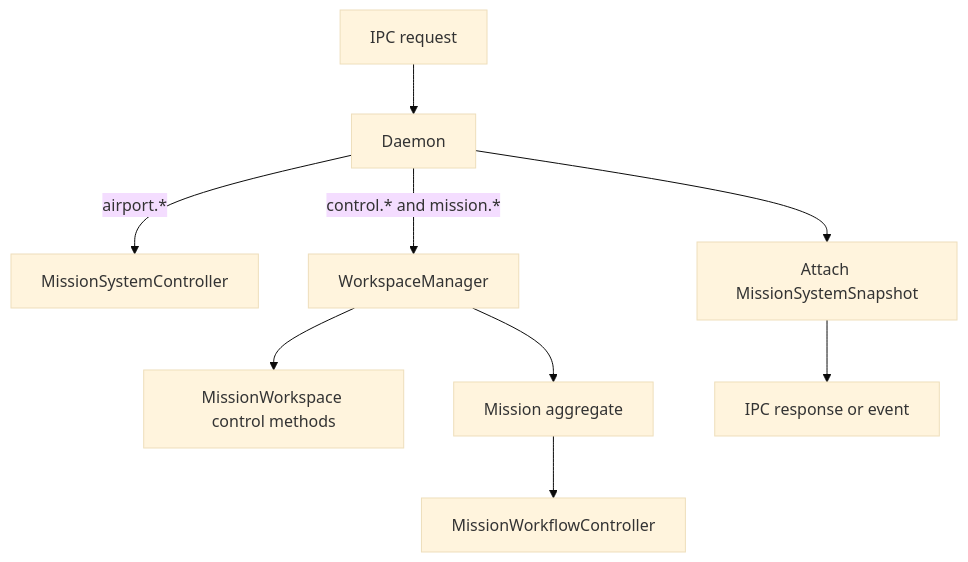
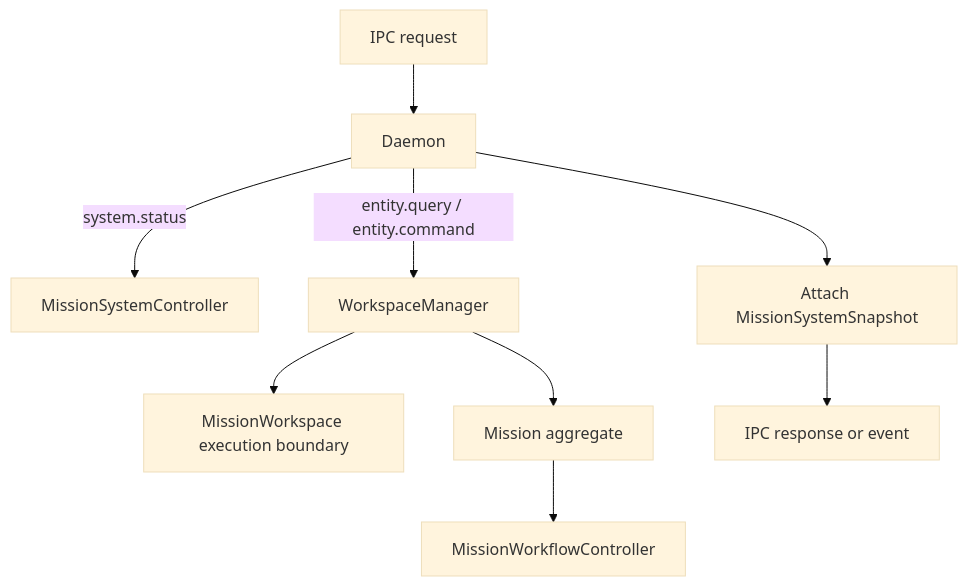
The diagram in docs/architecture/daemon.md (Flying-Pillow/open-mission), drawn with Mermaid (base theme) before and after one commit. The commit also changed other lines of this file and 127 other files, not shown here.

````diff
--- a/docs/architecture/daemon.md
+++ b/docs/architecture/daemon.md
@@ -26,11 +26,11 @@
 ```mermaid
 flowchart TD
  Request[IPC request] --> Daemon
- Daemon -->|airport.*| System[MissionSystemController]
- Daemon -->|control.* and mission.*| Workspace[WorkspaceManager]
- Workspace --> Control[MissionWorkspace control methods]
+ Daemon -->|system.status| System[MissionSystemController]
+ Daemon -->|entity.query / entity.command| Workspace[WorkspaceManager]
+ Workspace --> Boundary[MissionWorkspace execution boundary]
  Workspace --> Mission[Mission aggregate]
  Mission --> Workflow[MissionWorkflowController]
  Daemon --> Decorate[Attach MissionSystemSnapshot]
  Decorate --> Response[IPC response or event]
 ```
````
